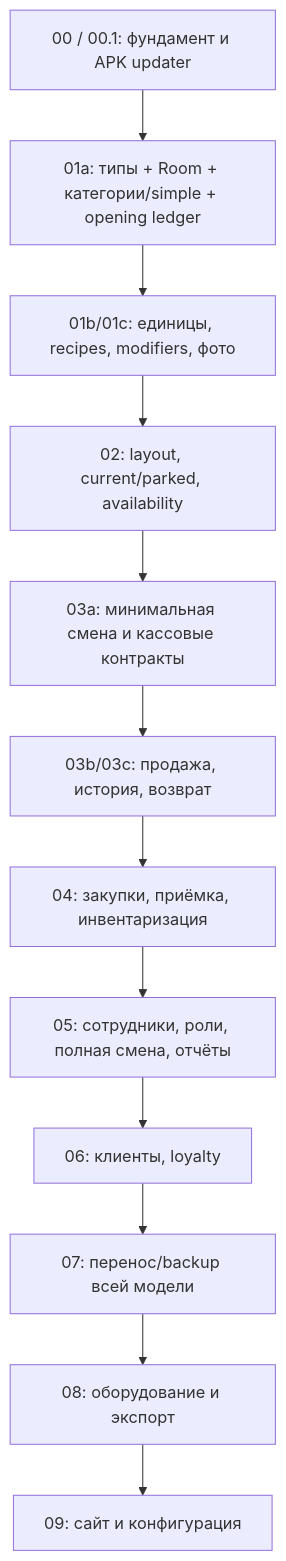
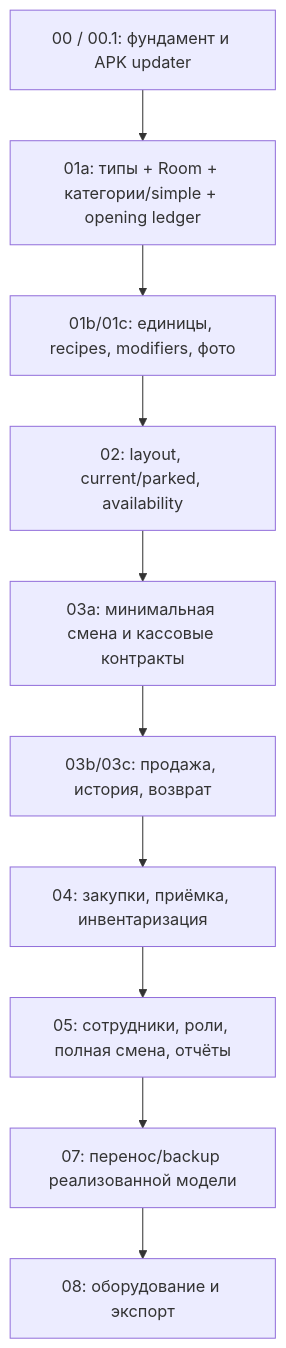
Before and after one commit to mendelev-main/M-POS-Android: the diagram in docs/DELIVERY-ROADMAP.md, drawn with Mermaid. The commit also changed 15 other files, not shown here.

````diff
--- a/docs/DELIVERY-ROADMAP.md
+++ b/docs/DELIVERY-ROADMAP.md
@@ -7,14 +7,13 @@
 ```mermaid
 flowchart TD
     A[00 / 00.1: фундамент и APK updater] --> B[01a: типы + Room + категории/simple + opening ledger]
     B --> C[01b/01c: единицы, recipes, modifiers, фото]
     C --> D[02: layout, current/parked, availability]
     D --> E[03a: минимальная смена и кассовые контракты]
     E --> F[03b/03c: продажа, история, возврат]
     F --> G[04: закупки, приёмка, инвентаризация]
     G --> H[05: сотрудники, роли, полная смена, отчёты]
-    H --> I[06: клиенты, loyalty]
-    I --> J[07: перенос/backup всей модели]
+    H --> J[07: перенос/backup реализованной модели]
     J --> K[08: оборудование и экспорт]
-    K --> L[09: сайт и конфигурация]
+
 ```
````
